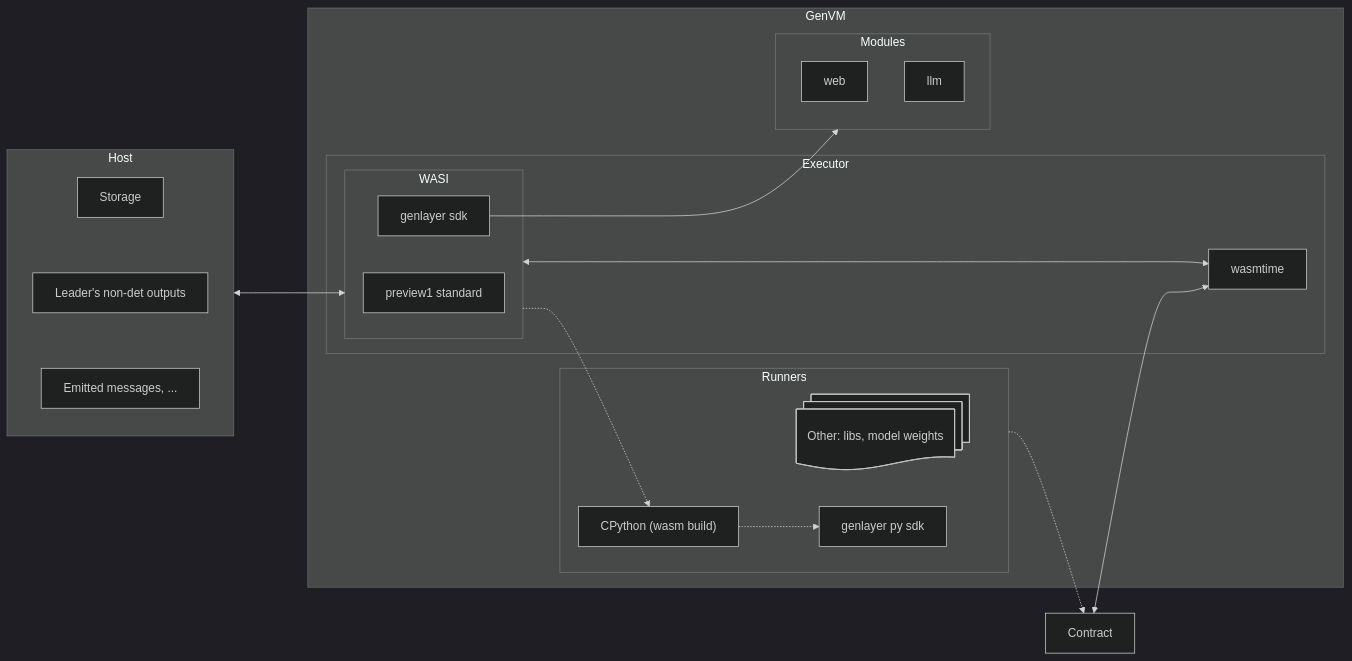
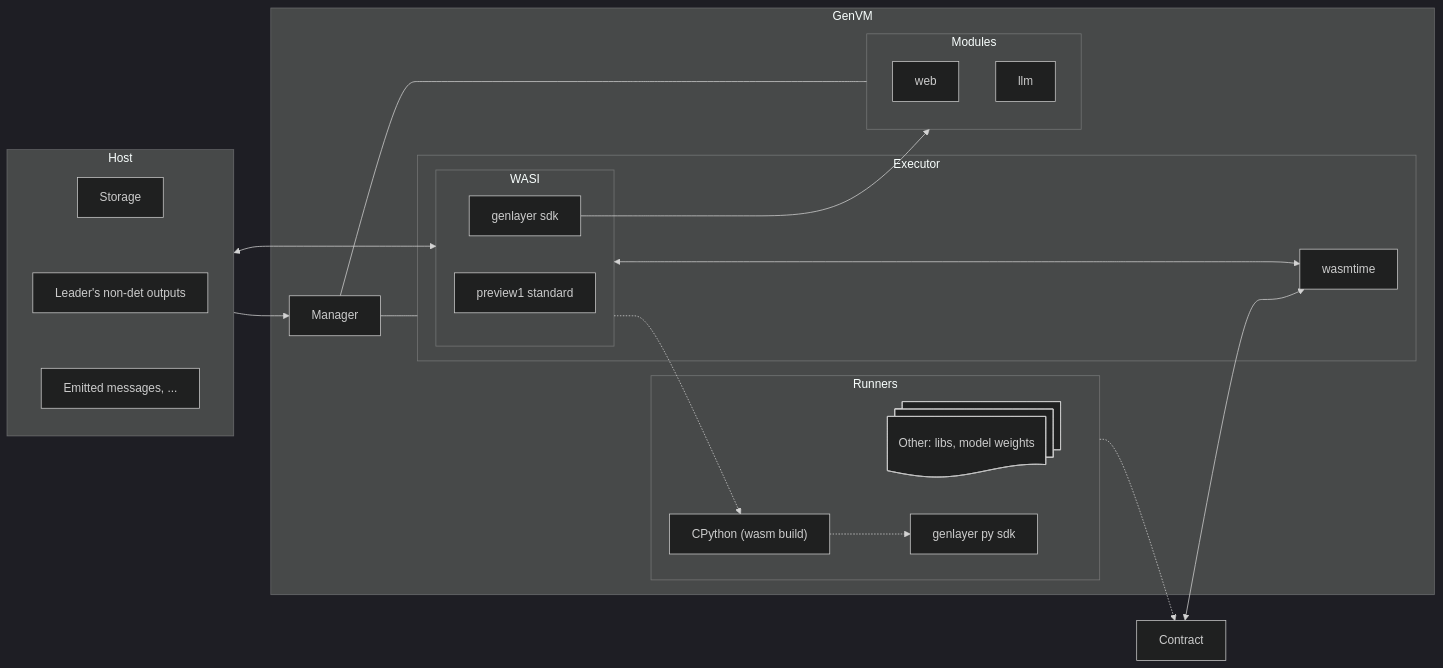
Before and after one commit to genlayerlabs/genvm: the diagram in doc/website/src/impl-spec/01-core-architecture/01-components.rst, drawn with Mermaid (dark theme). The commit also changed other lines of this file and 44 other files, not shown here.

```diff
--- a/doc/website/src/impl-spec/01-core-architecture/01-components.rst
+++ b/doc/website/src/impl-spec/01-core-architecture/01-components.rst
@@ -17,36 +17,39 @@
 .. mermaid::
 
    graph LR
       subgraph Host
          Storage
          LO["Leader's non-det outputs"]
          Storage ~~~ LO
          LO ~~~ Messages["Emitted messages, ..."]
       end
       subgraph GenVM
+         Manager --- Modules
+         Manager --- Executor
          subgraph Runners
                Libs@{ shape: docs, label: "Other: libs, model weights" }
                CPython["CPython (wasm build)"]
                gl["genlayer py sdk"]
                CPython -.-> gl
          end
          WASI -.-> CPython
          subgraph Executor
                wasmtime
                subgraph WASI
                   preview1["preview1 standard"]
                   gwasi["genlayer sdk"]
                end
                WASI <---> wasmtime
          end
          subgraph Modules
                web
                llm
          end
          gwasi ---> Modules
       end
       Program["Contract"]
       gl ~~~ Program
       Host <---> WASI
       Program <---> wasmtime
       Runners -.-> Program
+      Host --> Manager
```
